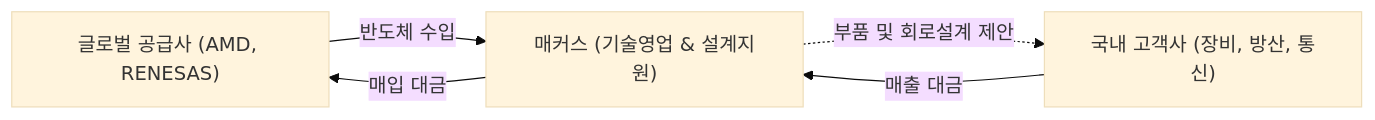
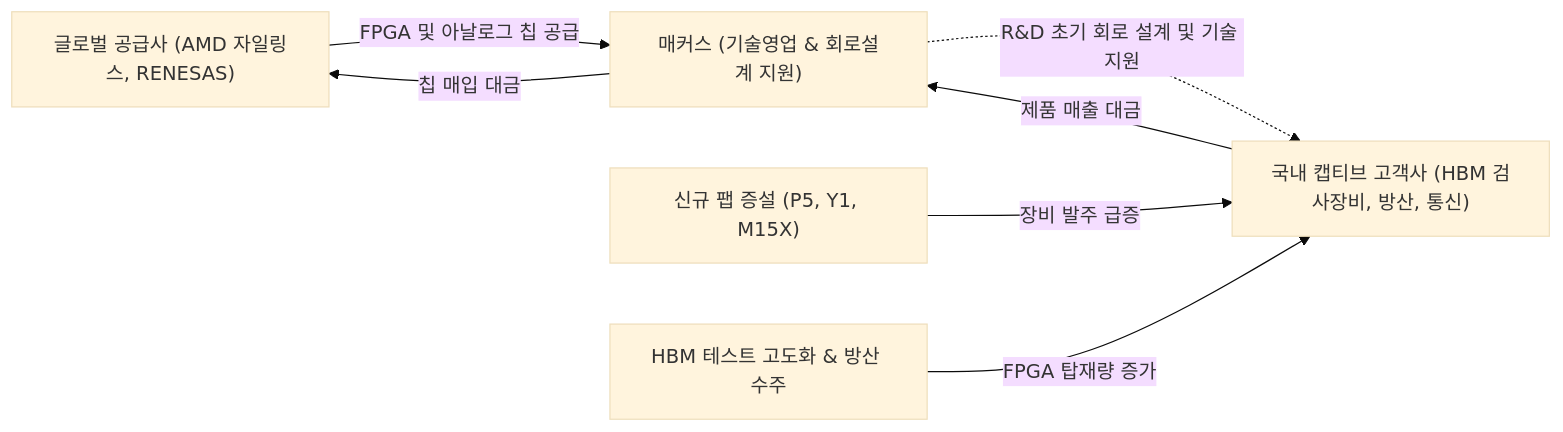
Before and after one commit to eve830521-cmd/my-skill: the diagram in Stock_Research/매커스/3_Final_Reports/Phase1_Report.md, drawn with Mermaid (base theme). The commit also changed other lines of this file and 127 other files, not shown here.

````diff
--- a/Stock_Research/매커스/3_Final_Reports/Phase1_Report.md
+++ b/Stock_Research/매커스/3_Final_Reports/Phase1_Report.md
@@ -11,7 +22,9 @@
 ```mermaid
 graph LR
-    A["글로벌 공급사 (AMD, RENESAS)"] -->|"반도체 수입"| B["매커스 (기술영업 & 설계지원)"]
-    B -. "부품 및 회로설계 제안" .-> C["국내 고객사 (장비, 방산, 통신)"]
-    C -->|"매출 대금"| B
-    B -->|"매입 대금"| A
+    A["글로벌 공급사 (AMD 자일링스, RENESAS)"] -->|"FPGA 및 아날로그 칩 공급"| B["매커스 (기술영업 & 회로설계 지원)"]
+    B -. "R&D 초기 회로 설계 및 기술 지원" .-> C["국내 캡티브 고객사 (HBM 검사장비, 방산, 통신)"]
+    C -->|"제품 매출 대금"| B
+    B -->|"칩 매입 대금"| A
+    D["신규 팹 증설 (P5, Y1, M15X)"] -->|"장비 발주 급증"| C
+    E["HBM 테스트 고도화 & 방산 수주"] -->|"FPGA 탑재량 증가"| C
 ```
````
